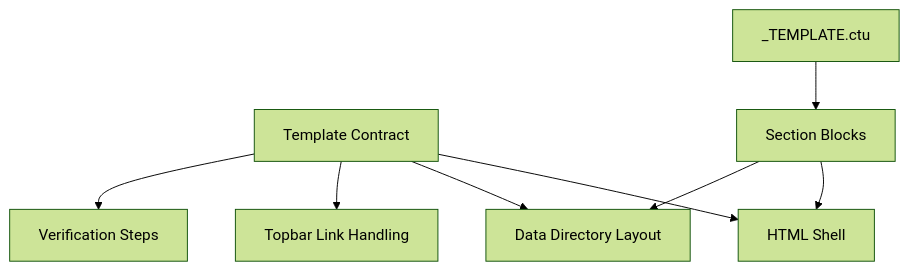
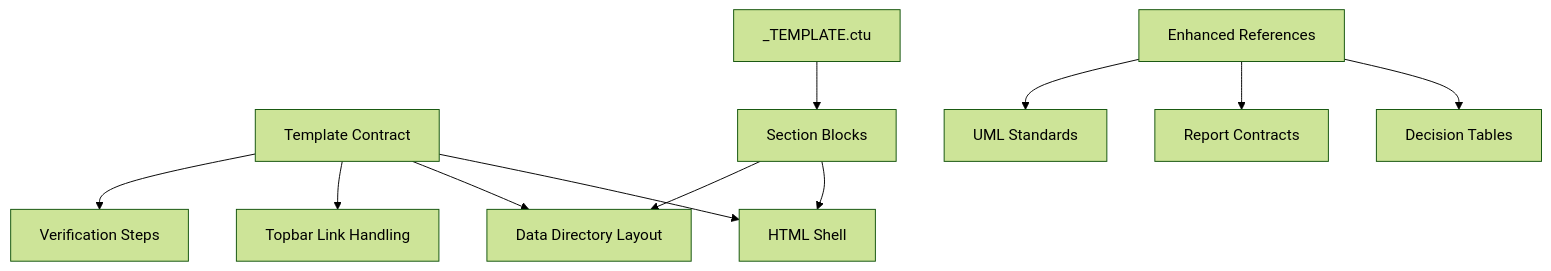
The sixth of 8 diagrams in .qoder/repowiki/en/content/AI Agent Integration/AI Agent Integration.md (pingwurth/code-to-uml), drawn with Mermaid (forest theme) before and after one commit. The commit also changed other lines of this file and 55 other files, not shown here.

````diff
--- a/.qoder/repowiki/en/content/AI Agent Integration/AI Agent Integration.md
+++ b/.qoder/repowiki/en/content/AI Agent Integration/AI Agent Integration.md
@@ -220,10 +263,13 @@
 ```mermaid
 flowchart TD
 Tpl["Template Contract"] --> Html["HTML Shell"]
 Tpl --> Dir["Data Directory Layout"]
 Tpl --> Nav["Topbar Link Handling"]
 Tpl --> Verify["Verification Steps"]
 Data["_TEMPLATE.ctu"] --> Blocks["Section Blocks"]
 Blocks --> Html
 Blocks --> Dir
+Ref["Enhanced References"] --> Decision["Decision Tables"]
+Ref --> Contract["Report Contracts"]
+Ref --> Standards["UML Standards"]
 ```
````
